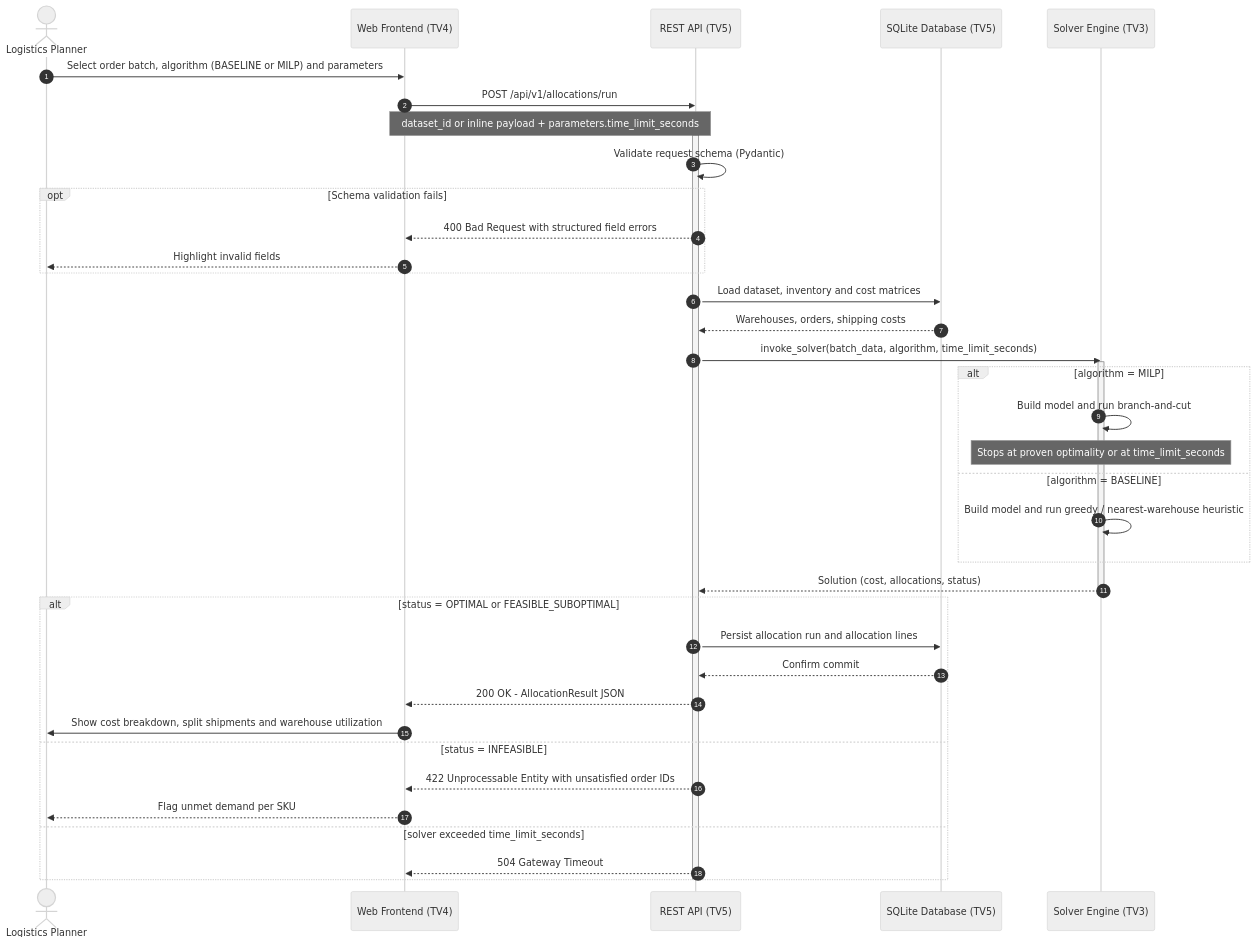
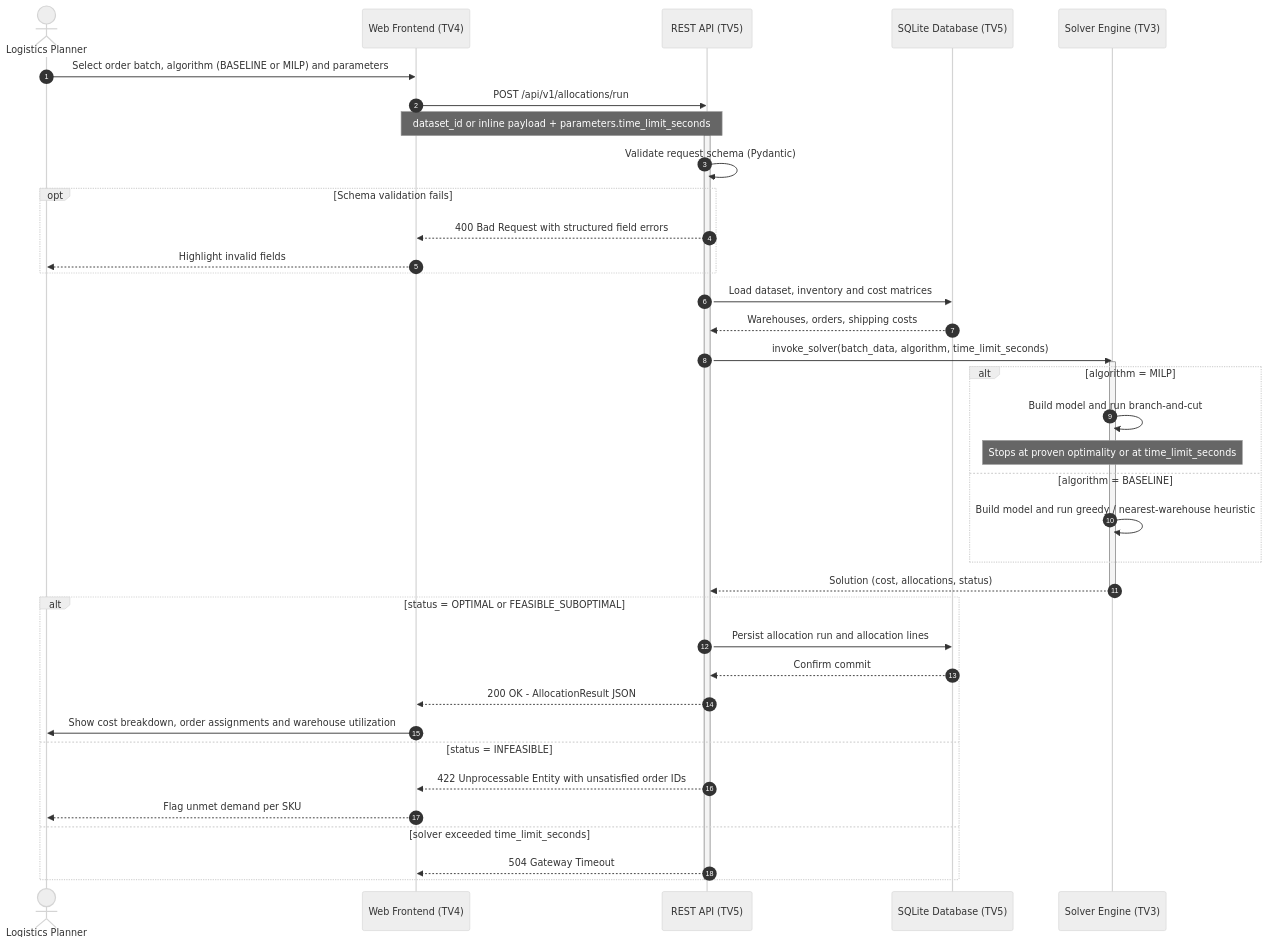
Before and after one commit to NTbankey1/LogiMind: the second of 2 diagrams in docs/architecture.md, drawn with Mermaid (neutral theme). The commit also changed other lines of this file and 25 other files, not shown here.

````diff
--- a/docs/architecture.md
+++ b/docs/architecture.md
@@ -68,48 +91,48 @@
 ```mermaid
 sequenceDiagram
     autonumber
 
     actor User as Logistics Planner
     participant FE as Web Frontend (TV4)
     participant BE as REST API (TV5)
     participant DB as SQLite Database (TV5)
     participant SOLVER as Solver Engine (TV3)
 
     User->>FE: Select order batch, algorithm (BASELINE or MILP) and parameters
     FE->>BE: POST /api/v1/allocations/run
     Note over FE,BE: dataset_id or inline payload + parameters.time_limit_seconds
 
     activate BE
     BE->>BE: Validate request schema (Pydantic)
     opt Schema validation fails
         BE-->>FE: 400 Bad Request with structured field errors
         FE-->>User: Highlight invalid fields
     end
 
     BE->>DB: Load dataset, inventory and cost matrices
     DB-->>BE: Warehouses, orders, shipping costs
 
     BE->>SOLVER: invoke_solver(batch_data, algorithm, time_limit_seconds)
     activate SOLVER
     alt algorithm = MILP
         SOLVER->>SOLVER: Build model and run branch-and-cut
         Note over SOLVER: Stops at proven optimality or at time_limit_seconds
     else algorithm = BASELINE
         SOLVER->>SOLVER: Build model and run greedy / nearest-warehouse heuristic
     end
     SOLVER-->>BE: Solution (cost, allocations, status)
     deactivate SOLVER
 
     alt status = OPTIMAL or FEASIBLE_SUBOPTIMAL
         BE->>DB: Persist allocation run and allocation lines
         DB-->>BE: Confirm commit
         BE-->>FE: 200 OK - AllocationResult JSON
-        FE->>User: Show cost breakdown, split shipments and warehouse utilization
+        FE->>User: Show cost breakdown, order assignments and warehouse utilization
     else status = INFEASIBLE
         BE-->>FE: 422 Unprocessable Entity with unsatisfied order IDs
         FE-->>User: Flag unmet demand per SKU
     else solver exceeded time_limit_seconds
         BE-->>FE: 504 Gateway Timeout
     end
     deactivate BE
 ```
````
